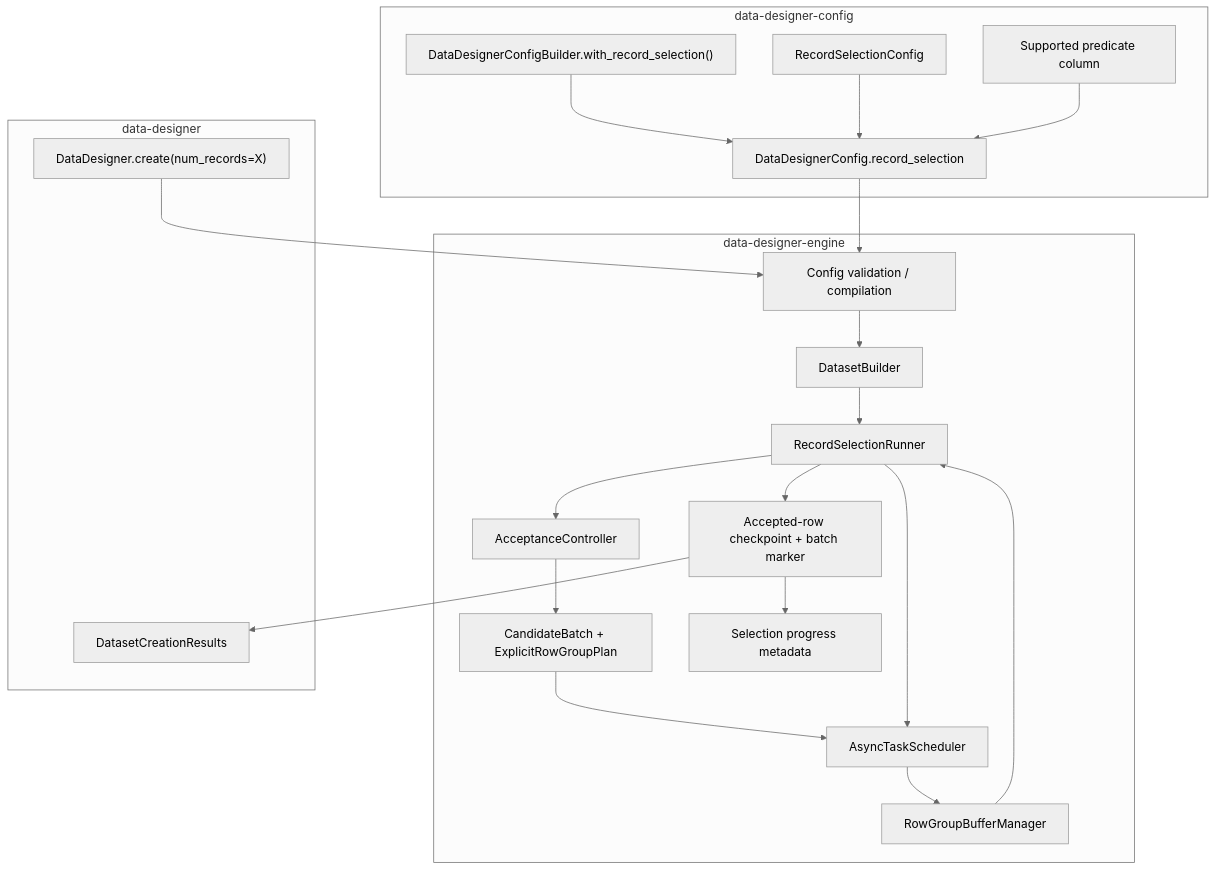
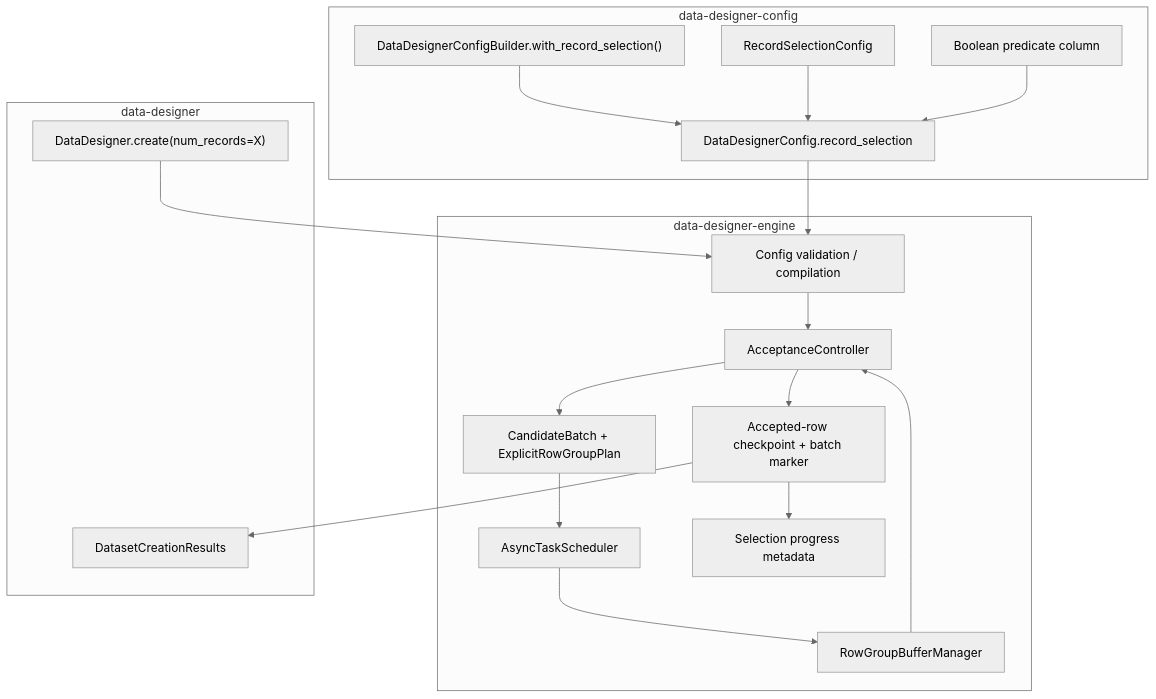
Before and after one commit to NVIDIA-NeMo/DataDesigner: the first of 7 diagrams in plans/790/engine-native-record-selection.md, drawn with Mermaid (neutral theme). The commit also changed other lines of this file and 14 other files, not shown here.

Commit message:
refactor: narrow record selection v1

````diff
--- a/plans/790/engine-native-record-selection.md
+++ b/plans/790/engine-native-record-selection.md
@@ -260,43 +253,38 @@
 ```mermaid
 flowchart TD
     subgraph config_pkg ["data-designer-config"]
         selection_config["RecordSelectionConfig"]
         data_config["DataDesignerConfig.record_selection"]
         builder_api["DataDesignerConfigBuilder.with_record_selection()"]
-        predicate_col["Supported predicate column"]
+        predicate_col["Boolean predicate column"]
     end
 
     subgraph engine_pkg ["data-designer-engine"]
         compiler["Config validation / compilation"]
-        builder["DatasetBuilder"]
-        runner["RecordSelectionRunner"]
         controller["AcceptanceController"]
         candidate_plan["CandidateBatch + ExplicitRowGroupPlan"]
         scheduler["AsyncTaskScheduler"]
         buffer["RowGroupBufferManager"]
         checkpoint["Accepted-row checkpoint + batch marker"]
         metadata["Selection progress metadata"]
     end
 
     subgraph interface_pkg ["data-designer"]
         create_api["DataDesigner.create(num_records=X)"]
         results["DatasetCreationResults"]
     end
 
     builder_api --> data_config
     selection_config --> data_config
     predicate_col --> data_config
     create_api --> compiler
     data_config --> compiler
-    compiler --> builder
-    builder --> runner
-    runner --> controller
+    compiler --> controller
     controller --> candidate_plan
     candidate_plan --> scheduler
-    runner --> scheduler
     scheduler --> buffer
-    buffer --> runner
-    runner --> checkpoint
+    buffer --> controller
+    controller --> checkpoint
     checkpoint --> metadata
     checkpoint --> results
 ```
````
